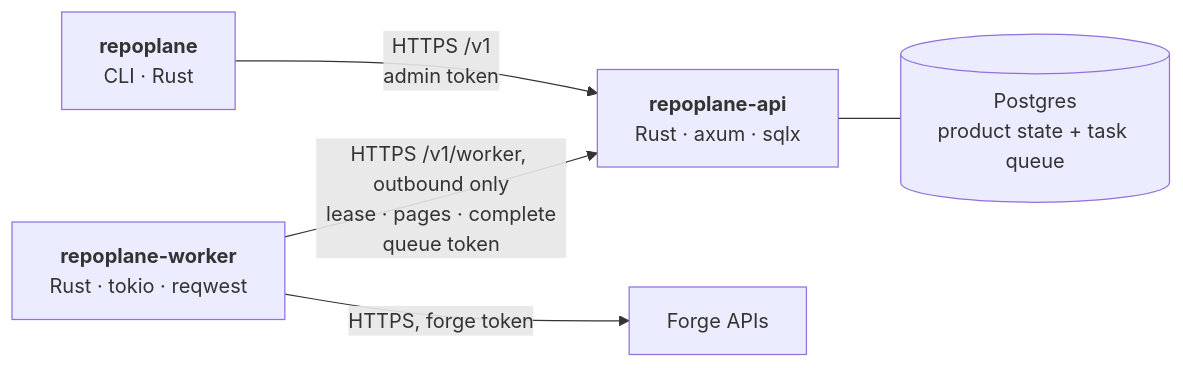
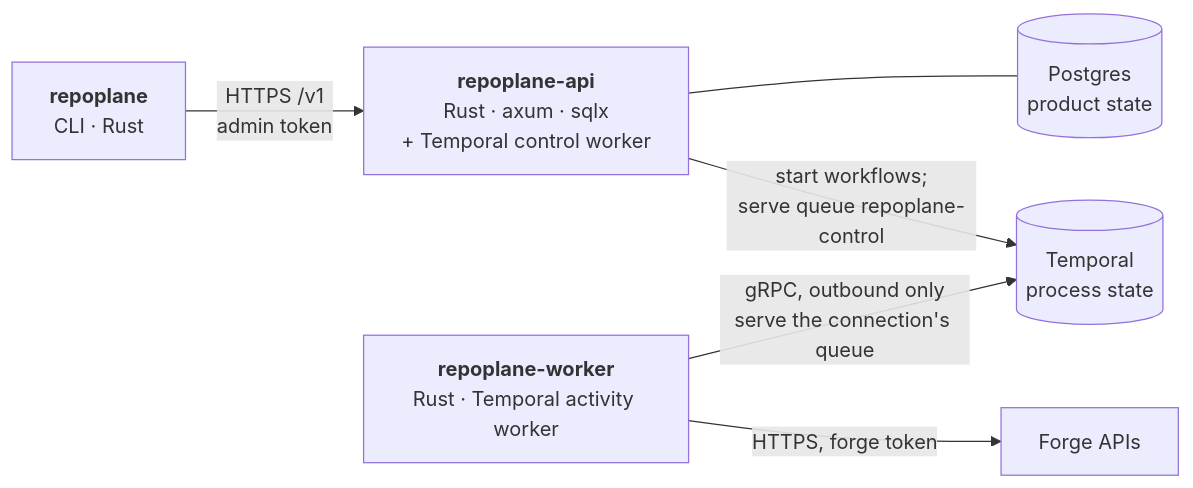
One commit to repoplane/repoplane changed the second of 2 diagrams in docs/architecture.md. Above: the diagram before and after it, drawn with Mermaid. The commit also changed other lines of this file and 55 other files, not shown here.

````diff
--- a/docs/architecture.md
+++ b/docs/architecture.md
@@ -39,13 +39,15 @@
 ```mermaid
 flowchart LR
     cli["<b>repoplane</b><br/>CLI · Rust"]
-    api["<b>repoplane-api</b><br/>Rust · axum · sqlx"]
-    pg[("Postgres<br/>product state + task queue")]
-    worker["<b>repoplane-worker</b><br/>Rust · tokio · reqwest"]
+    api["<b>repoplane-api</b><br/>Rust · axum · sqlx<br/>+ Temporal control worker"]
+    pg[("Postgres<br/>product state")]
+    temporal[("Temporal<br/>process state")]
+    worker["<b>repoplane-worker</b><br/>Rust · Temporal activity worker"]
     forge["Forge APIs"]
 
     cli -- "HTTPS /v1<br/>admin token" --> api
     api --- pg
-    worker -- "HTTPS /v1/worker, outbound only<br/>lease · pages · complete<br/>queue token" --> api
+    api -- "start workflows;<br/>serve queue repoplane-control" --> temporal
+    worker -- "gRPC, outbound only<br/>serve the connection's queue" --> temporal
     worker -- "HTTPS, forge token" --> forge
 ```
````
